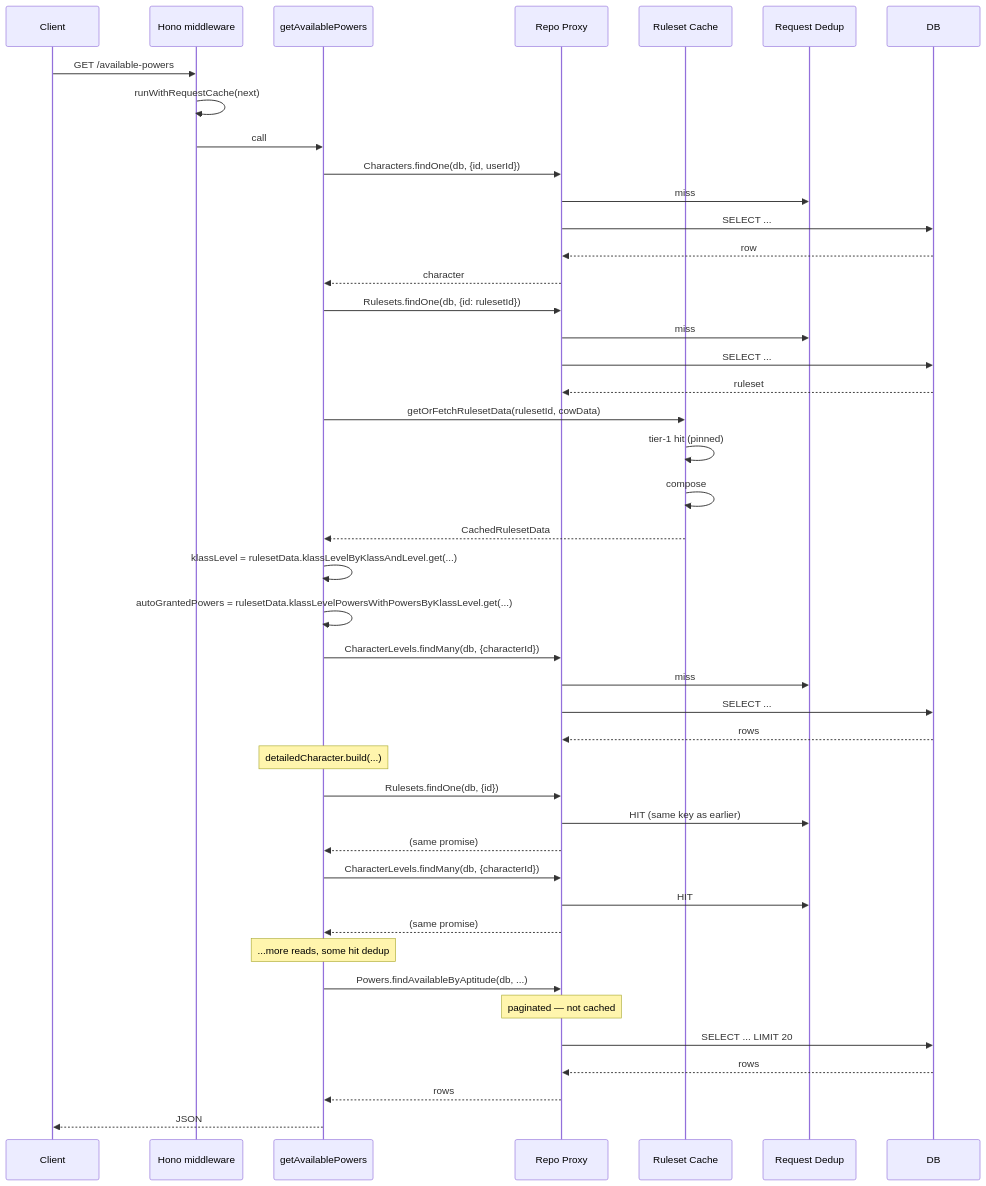
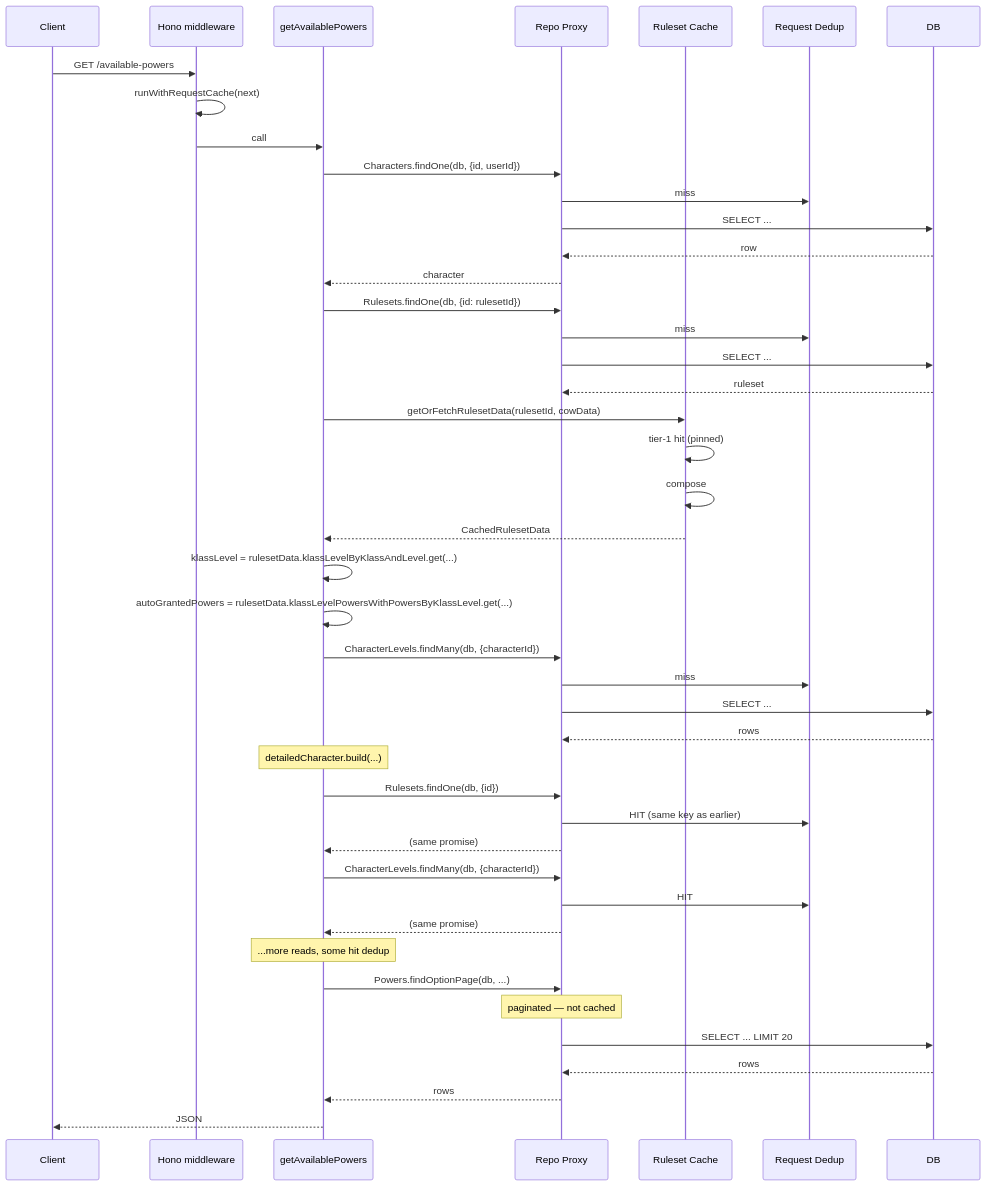
The seventh of 7 diagrams in docs/caching.md (PhilippeChab/arkyvree), drawn with Mermaid before and after one commit. The commit also changed other lines of this file and 133 other files, not shown here.

First line of the commit message:
One find per result in each repository: findOne, findMany, findPage, and variants named by what they return

````diff
--- a/docs/caching.md
+++ b/docs/caching.md
@@ -404,55 +404,55 @@
 ```mermaid
 sequenceDiagram
     participant Client
     participant Middle as Hono middleware
     participant Svc as getAvailablePowers
     participant Repo as Repo Proxy
     participant RS as Ruleset Cache
     participant Dedup as Request Dedup
     participant DB
 
     Client->>Middle: GET /available-powers
     Middle->>Middle: runWithRequestCache(next)
     Middle->>Svc: call
     Svc->>Repo: Characters.findOne(db, {id, userId})
     Repo->>Dedup: miss
     Repo->>DB: SELECT ...
     DB-->>Repo: row
     Repo-->>Svc: character
 
     Svc->>Repo: Rulesets.findOne(db, {id: rulesetId})
     Repo->>Dedup: miss
     Repo->>DB: SELECT ...
     DB-->>Repo: ruleset
 
     Svc->>RS: getOrFetchRulesetData(rulesetId, cowData)
     RS->>RS: tier-1 hit (pinned)
     RS->>RS: compose
     RS-->>Svc: CachedRulesetData
 
     Svc->>Svc: klassLevel = rulesetData.klassLevelByKlassAndLevel.get(...)
     Svc->>Svc: autoGrantedPowers = rulesetData.klassLevelPowersWithPowersByKlassLevel.get(...)
 
     Svc->>Repo: CharacterLevels.findMany(db, {characterId})
     Repo->>Dedup: miss
     Repo->>DB: SELECT ...
     DB-->>Repo: rows
 
     Note over Svc: detailedCharacter.build(...)
     Svc->>Repo: Rulesets.findOne(db, {id})
     Repo->>Dedup: HIT (same key as earlier)
     Repo-->>Svc: (same promise)
 
     Svc->>Repo: CharacterLevels.findMany(db, {characterId})
     Repo->>Dedup: HIT
     Repo-->>Svc: (same promise)
 
     Note over Svc: ...more reads, some hit dedup
 
-    Svc->>Repo: Powers.findAvailableByAptitude(db, ...)
+    Svc->>Repo: Powers.findOptionPage(db, ...)
     Note over Repo: paginated — not cached
     Repo->>DB: SELECT ... LIMIT 20
     DB-->>Repo: rows
     Repo-->>Svc: rows
     Svc-->>Client: JSON
 ```
````
